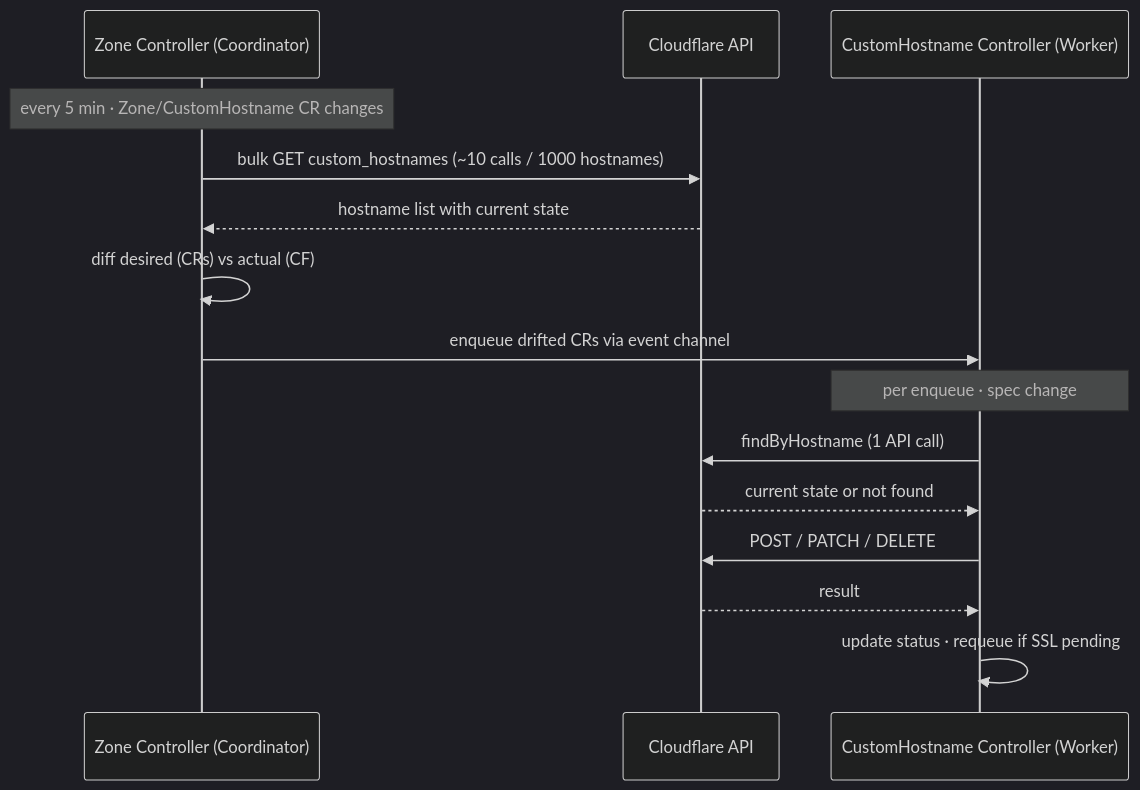
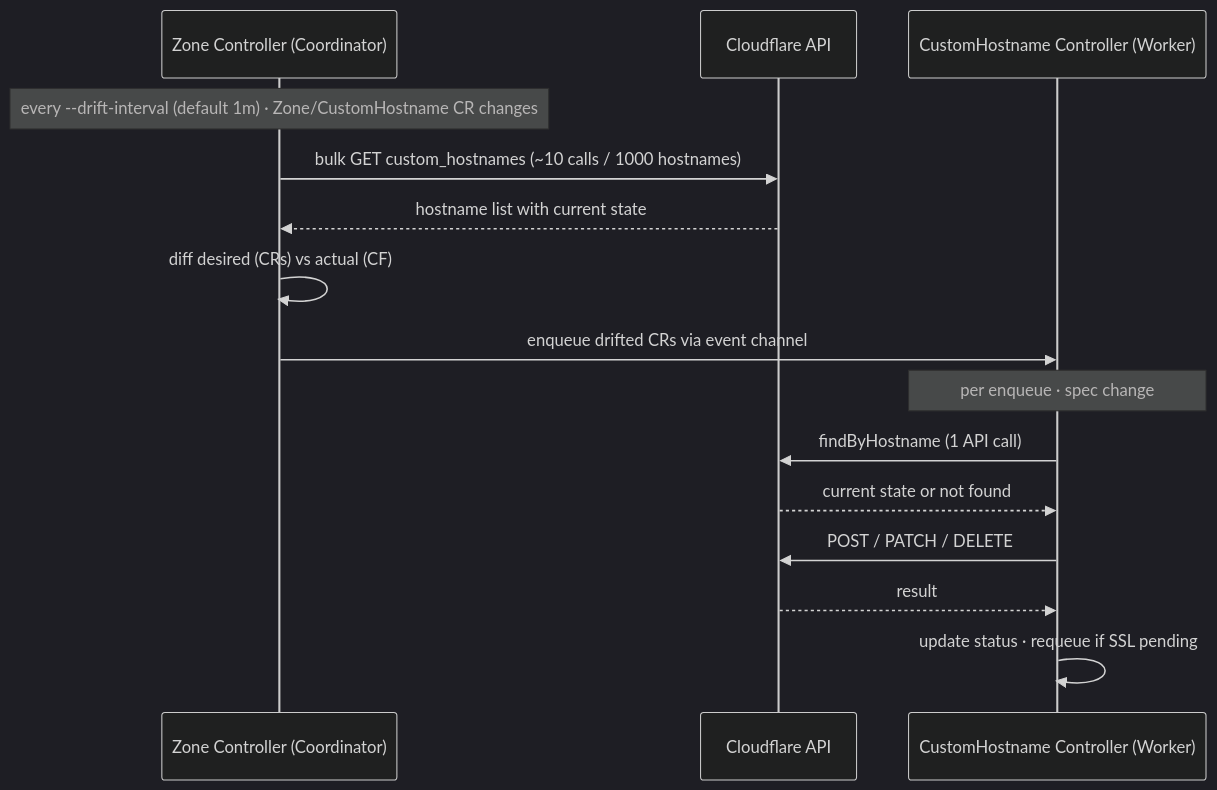
One commit to mrozentsvayg/cf-edge-operator changed the diagram in docs/architecture.md. Above: the diagram before and after it, drawn with Mermaid (dark theme). The commit also changed other lines of this file and 8 other files, not shown here.

First line of the commit message:
feat: configurable drift interval/buffer, ssl poll interval, dev workflow

````diff
--- a/docs/architecture.md
+++ b/docs/architecture.md
@@ -19,19 +21,19 @@
 ```mermaid
 sequenceDiagram
     participant ZC as Zone Controller (Coordinator)
     participant CF as Cloudflare API
     participant CHC as CustomHostname Controller (Worker)
 
-    Note over ZC: every 5 min · Zone/CustomHostname CR changes
+    Note over ZC: every --drift-interval (default 1m) · Zone/CustomHostname CR changes
     ZC->>CF: bulk GET custom_hostnames (~10 calls / 1000 hostnames)
     CF-->>ZC: hostname list with current state
     ZC->>ZC: diff desired (CRs) vs actual (CF)
     ZC->>CHC: enqueue drifted CRs via event channel
 
     Note over CHC: per enqueue · spec change
     CHC->>CF: findByHostname (1 API call)
     CF-->>CHC: current state or not found
     CHC->>CF: POST / PATCH / DELETE
     CF-->>CHC: result
     CHC->>CHC: update status · requeue if SSL pending
 ```
````
